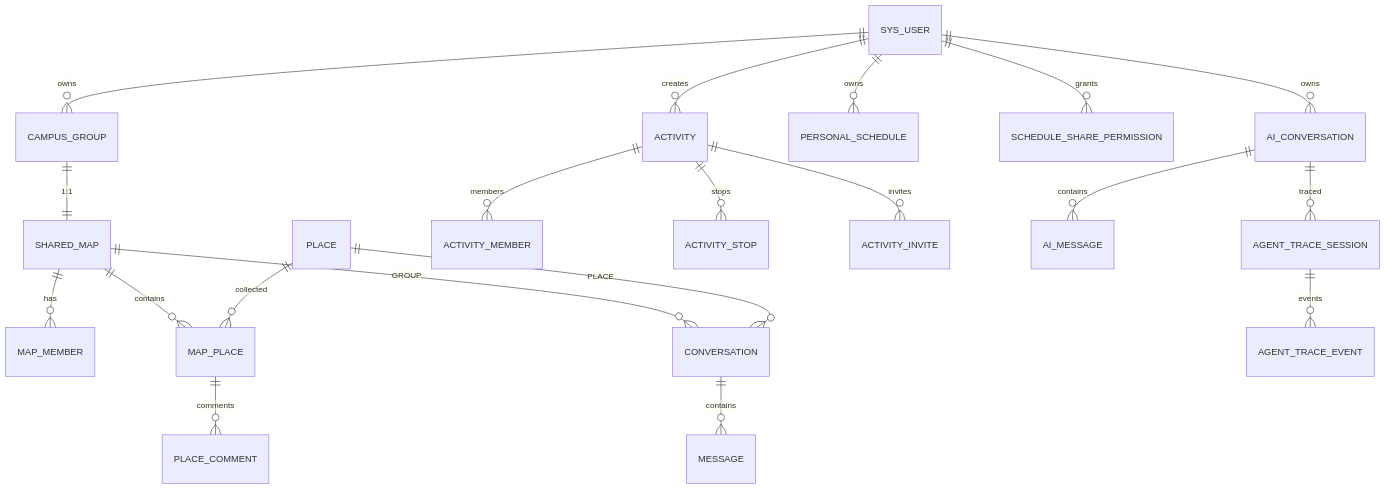
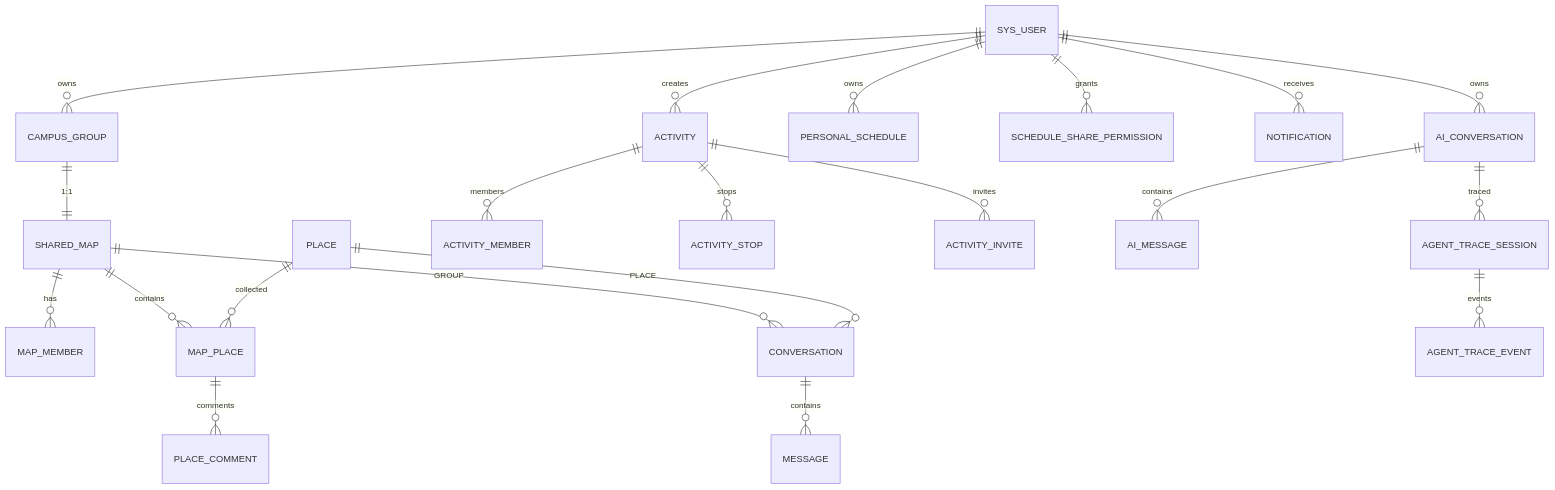
The tenth of 10 diagrams in docs/项目全流程说明.md (subingbo/campus-backend-framework), drawn with Mermaid before and after one commit. The commit also changed other lines of this file and 41 other files, not shown here.

````diff
--- a/docs/项目全流程说明.md
+++ b/docs/项目全流程说明.md
@@ -599,22 +603,23 @@
 ```mermaid
 erDiagram
     SYS_USER ||--o{ CAMPUS_GROUP : owns
     CAMPUS_GROUP ||--|| SHARED_MAP : "1:1"
     SHARED_MAP ||--o{ MAP_MEMBER : has
     SHARED_MAP ||--o{ MAP_PLACE : contains
     PLACE ||--o{ MAP_PLACE : collected
     MAP_PLACE ||--o{ PLACE_COMMENT : comments
     SHARED_MAP ||--o{ CONVERSATION : "GROUP"
     PLACE ||--o{ CONVERSATION : "PLACE"
     CONVERSATION ||--o{ MESSAGE : contains
     SYS_USER ||--o{ ACTIVITY : creates
     ACTIVITY ||--o{ ACTIVITY_MEMBER : members
     ACTIVITY ||--o{ ACTIVITY_STOP : stops
     ACTIVITY ||--o{ ACTIVITY_INVITE : invites
     SYS_USER ||--o{ PERSONAL_SCHEDULE : owns
     SYS_USER ||--o{ SCHEDULE_SHARE_PERMISSION : grants
+    SYS_USER ||--o{ NOTIFICATION : receives
     SYS_USER ||--o{ AI_CONVERSATION : owns
     AI_CONVERSATION ||--o{ AI_MESSAGE : contains
     AI_CONVERSATION ||--o{ AGENT_TRACE_SESSION : traced
     AGENT_TRACE_SESSION ||--o{ AGENT_TRACE_EVENT : events
 ```
````
